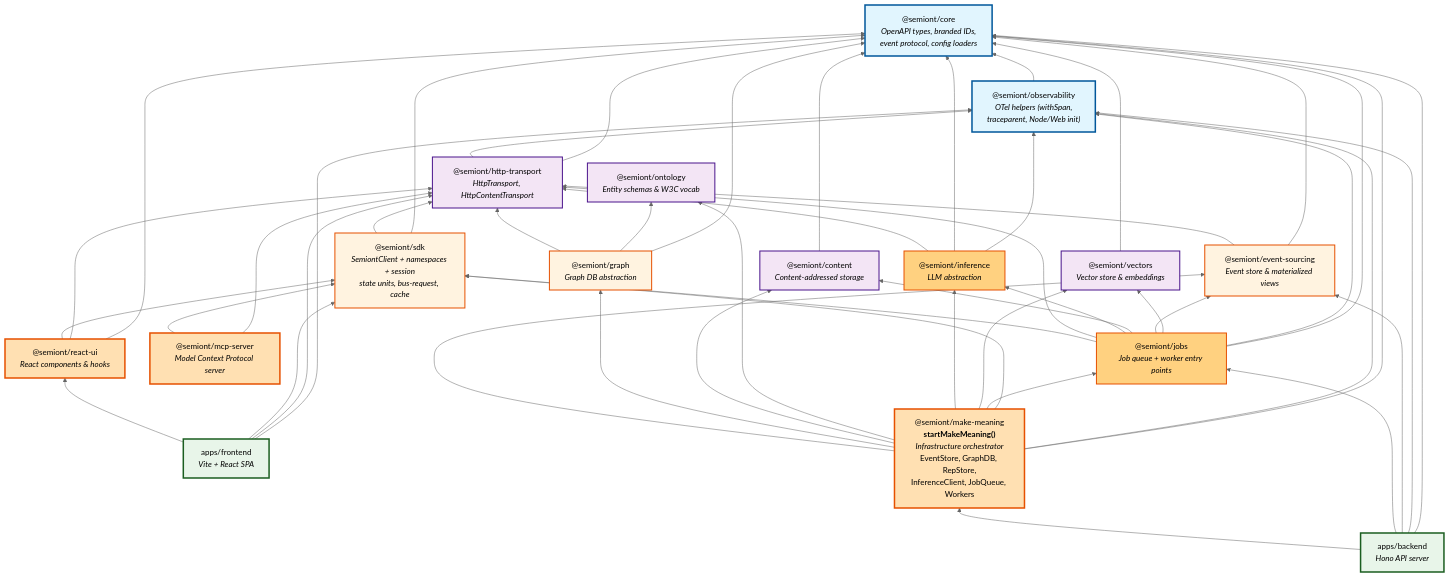
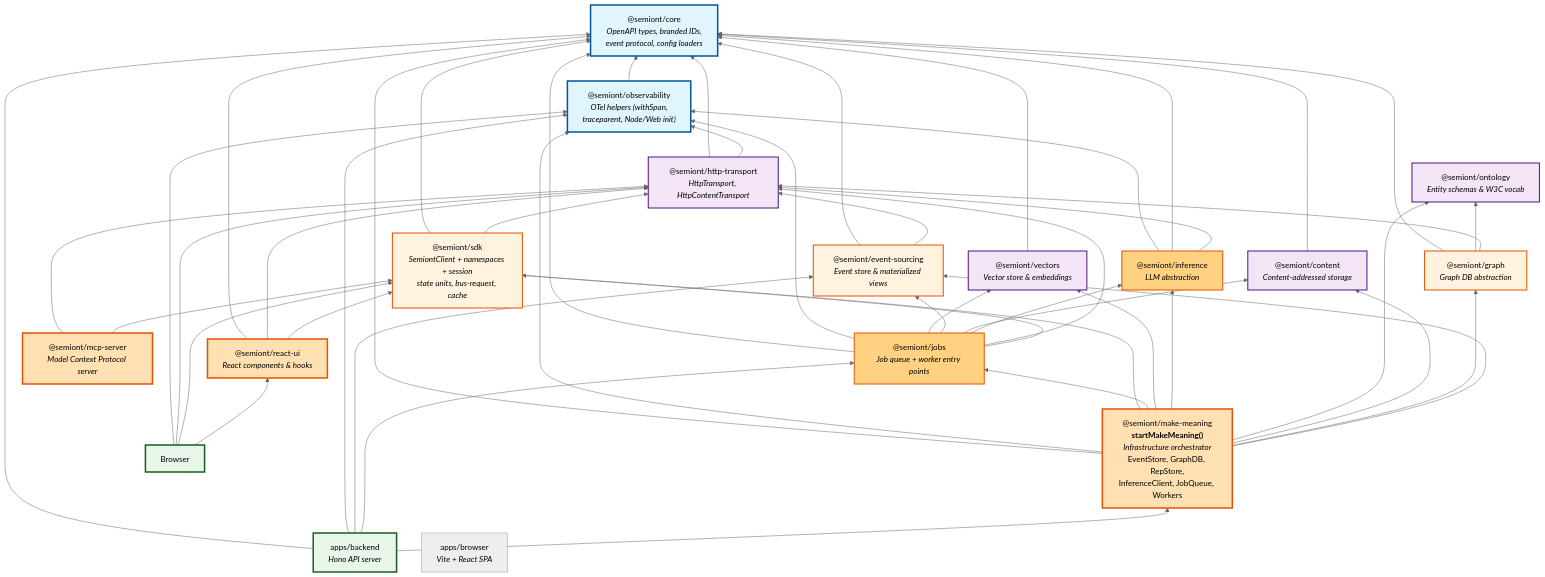
Before and after one commit to The-AI-Alliance/semiont: the diagram in docs/system/PACKAGE-ARCHITECTURE.md, drawn with Mermaid (neutral theme). The commit also changed other lines of this file and 367 other files, not shown here.

First line of the commit message:
The frontend is the Browser everywhere users can see it, and [browser] leaves the config model (#1241)

````diff
--- a/docs/system/PACKAGE-ARCHITECTURE.md
+++ b/docs/system/PACKAGE-ARCHITECTURE.md
@@ -10,7 +10,7 @@
 graph BT
     %% Layer 5: Application Consumers
     backend["apps/backend<br/><i>Hono API server</i>"]
-    frontend["apps/frontend<br/><i>Vite + React SPA</i>"]
+    frontend["apps/browser<br/><i>Vite + React SPA</i>"]
 
     %% Layer 4: Application Logic
     meaning["@semiont/make-meaning<br/><b>startMakeMeaning()</b><br/><i>Infrastructure orchestrator</i><br/>EventStore, GraphDB, RepStore,<br/>InferenceClient, JobQueue, Workers"]
@@ -42,10 +42,10 @@
     backend --> event
     backend --> obs
     backend --> core
-    frontend --> react
-    frontend --> sdk
-    frontend --> api
-    frontend --> obs
+    Browser --> react
+    Browser --> sdk
+    Browser --> api
+    Browser --> obs
 
     %% Application logic dependencies
     meaning --> event
@@ -109,5 +109,5 @@
     class sdk,event,graph_pkg layer2
     class inference,jobs layer3
     class meaning,react,mcp layer4
-    class backend,frontend layer5
+    class backend,Browser layer5
 ```
````
